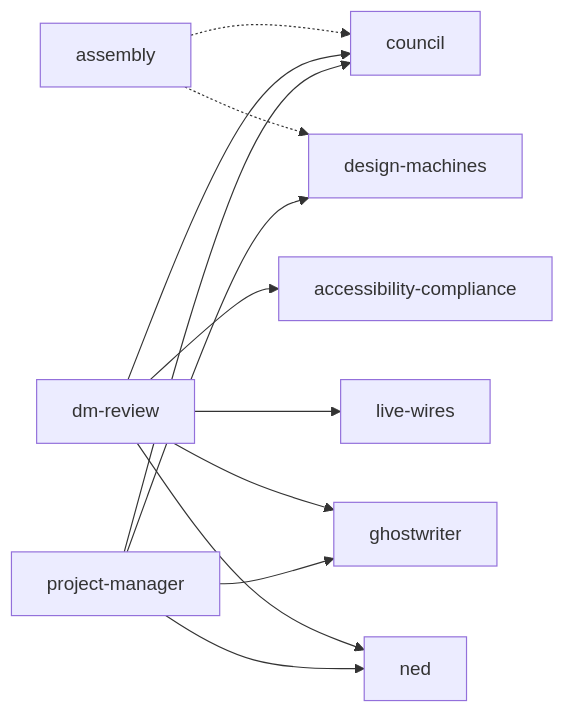
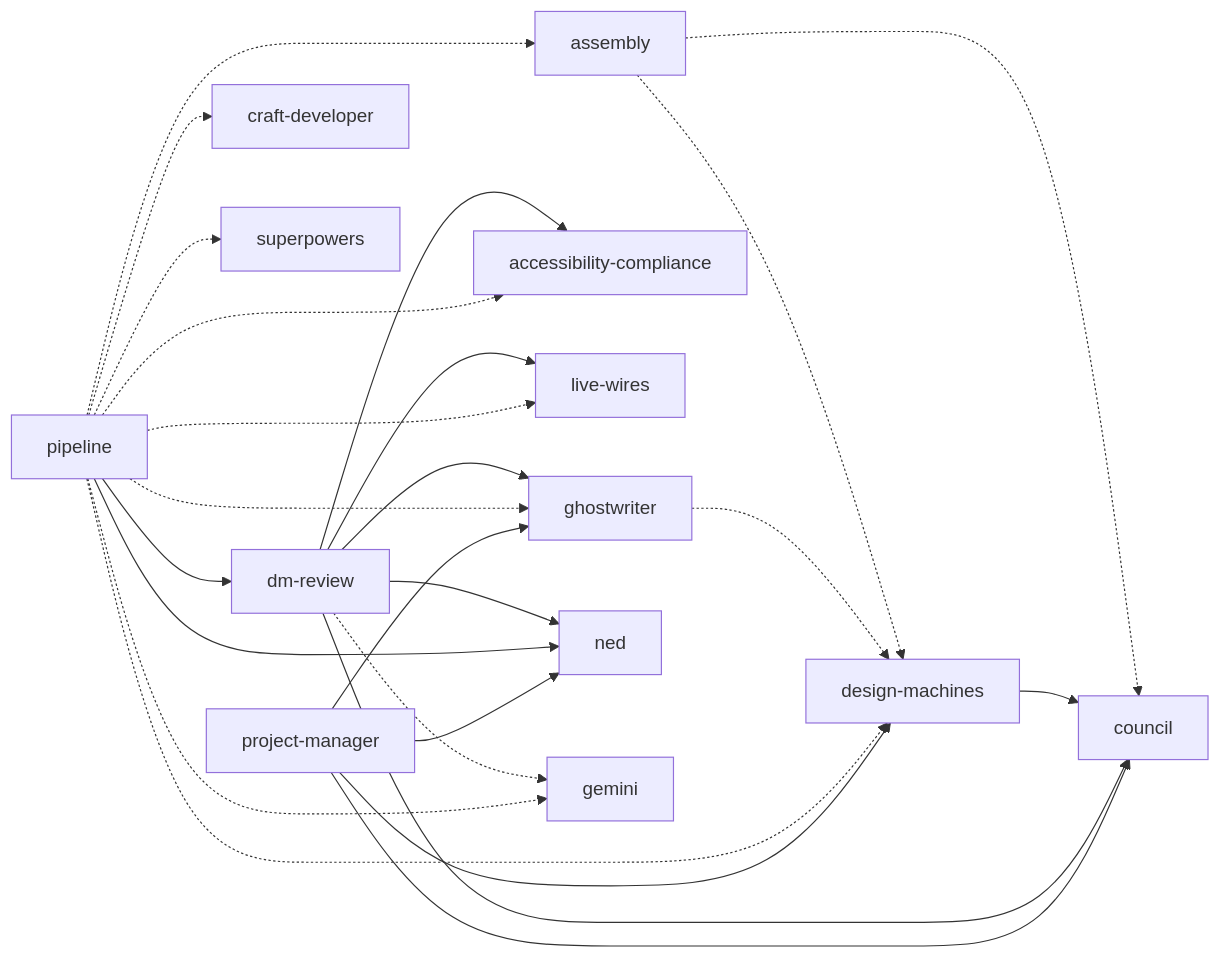
One commit to Design-Machines-Studio/depot changed the diagram in docs/dependency-graph.md. Above: the diagram before and after it, drawn with Mermaid. The commit also changed 28 other files, not shown here.

First line of the commit message:
feat(design-machines,ghostwriter,council,gemini): Depot audience research rollout with dm-review fixes

````diff
--- a/docs/dependency-graph.md
+++ b/docs/dependency-graph.md
@@ -5,14 +5,27 @@
 ```mermaid
 graph LR
   assembly -.-> council
   assembly -.-> design-machines
+  design-machines --> council
   dm-review --> accessibility-compliance
   dm-review --> live-wires
   dm-review --> ghostwriter
   dm-review --> council
   dm-review --> ned
+  dm-review -.-> gemini
+  ghostwriter -.-> design-machines
+  pipeline --> dm-review
+  pipeline --> ned
+  pipeline -.-> design-machines
+  pipeline -.-> assembly
+  pipeline -.-> live-wires
+  pipeline -.-> craft-developer
+  pipeline -.-> accessibility-compliance
+  pipeline -.-> ghostwriter
+  pipeline -.-> superpowers
+  pipeline -.-> gemini
   project-manager --> ned
   project-manager --> design-machines
   project-manager --> ghostwriter
   project-manager --> council
 ```
````
